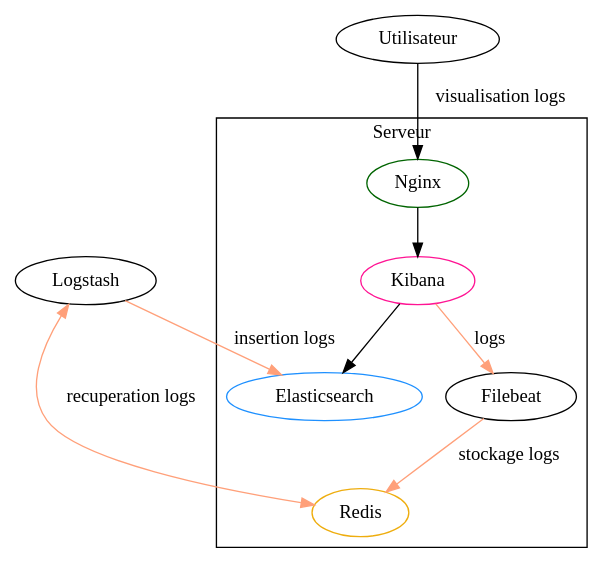
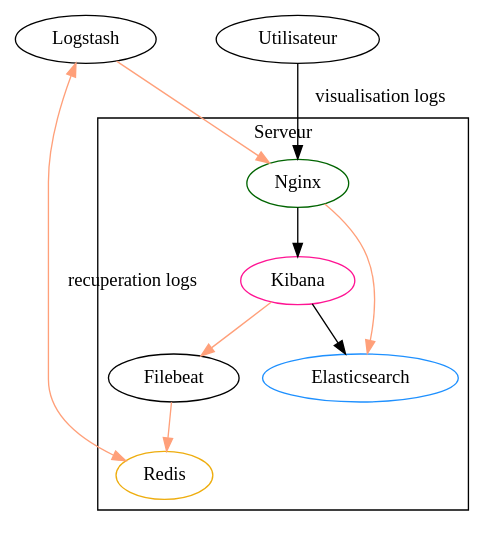
Before and after one commit to Transrian/bd71-courses: the third of 3 diagrams in schemas.md, drawn with Graphviz. The commit also changed other lines of this file, not shown here.

Commit message:
Updated schemas

````diff
--- a/schemas.md
+++ b/schemas.md
@@ -98,27 +116,28 @@
 ```dot {engine="dot"}
 digraph f {
     compound=true;
 
     "Kibana" -> "Elasticsearch"
     "Nginx" -> "Kibana"
 
-    "Filebeat" -> "Redis" [label="stockage logs", color=lightsalmon1]
-    "Kibana" -> "Filebeat" [label="logs", color=lightsalmon1]
+    "Filebeat" -> "Redis" [color=lightsalmon1]
+    "Kibana" -> "Filebeat" [color=lightsalmon1]
 
     "Utilisateur" -> "Nginx" [label="visualisation logs"]
 
     "Logstash" -> "Redis" [label="recuperation logs", dir="both", color=lightsalmon1]
-    "Logstash" -> "Elasticsearch" [label="insertion logs", color=lightsalmon1]
-    
+    "Logstash" -> "Nginx" [color=lightsalmon1]
+    "Nginx" -> "Elasticsearch" [color=lightsalmon1]
+
     subgraph cluster_server {
         label="Serveur"
         "Elasticsearch" [color=dodgerblue1]
         "Kibana" [color=deeppink]
         "Nginx" [color=darkgreen]
         "Redis" [color=darkgoldenrod2]
         "Filebeat"
         
     }
     
 }
 ```
````
